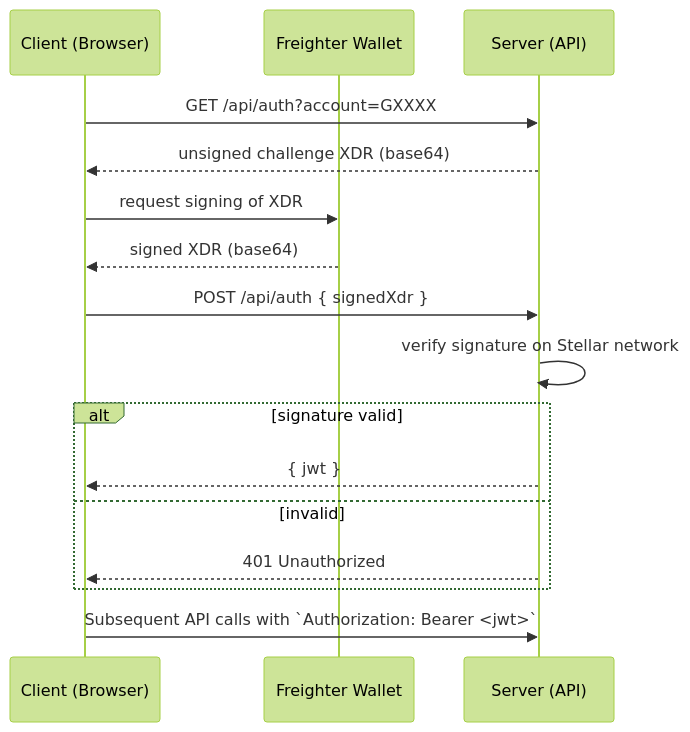
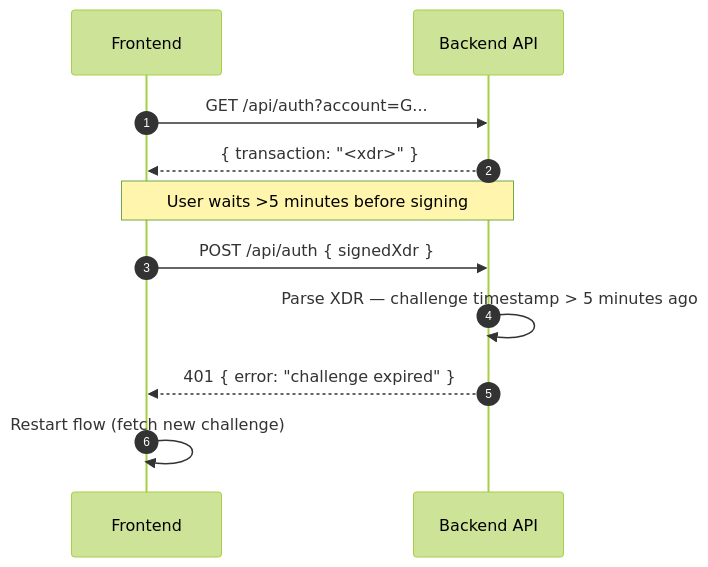
The second of 7 diagrams in docs/auth-flow.md (Emmy123222/Stellar-MarketPay-), drawn with Mermaid (forest theme) before and after one commit. The commit also changed other lines of this file and 5 other files, not shown here.

````diff
--- a/docs/auth-flow.md
+++ b/docs/auth-flow.md
@@ -31,19 +91,16 @@
 ```mermaid
 sequenceDiagram
-    participant C as Client (Browser)
-    participant F as Freighter Wallet
-    participant S as Server (API)
-    
-    C->>S: GET /api/auth?account=GXXXX
-    S-->>C: unsigned challenge XDR (base64)
-    C->>F: request signing of XDR
-    F-->>C: signed XDR (base64)
-    C->>S: POST /api/auth { signedXdr }
-    S->>S: verify signature on Stellar network
-    alt signature valid
-        S-->>C: { jwt }
-    else invalid
-        S-->>C: 401 Unauthorized
-    end
-    C->>S: Subsequent API calls with `Authorization: Bearer <jwt>`
+    autonumber
+    participant FE as Frontend
+    participant BE as Backend API
+
+    FE->>BE: GET /api/auth?account=G...
+    BE-->>FE: { transaction: "<xdr>" }
+
+    Note over FE,BE: User waits >5 minutes before signing
+
+    FE->>BE: POST /api/auth { signedXdr }
+    BE->>BE: Parse XDR — challenge timestamp > 5 minutes ago
+    BE-->>FE: 401 { error: "challenge expired" }
+    FE->>FE: Restart flow (fetch new challenge)
 ```
````
